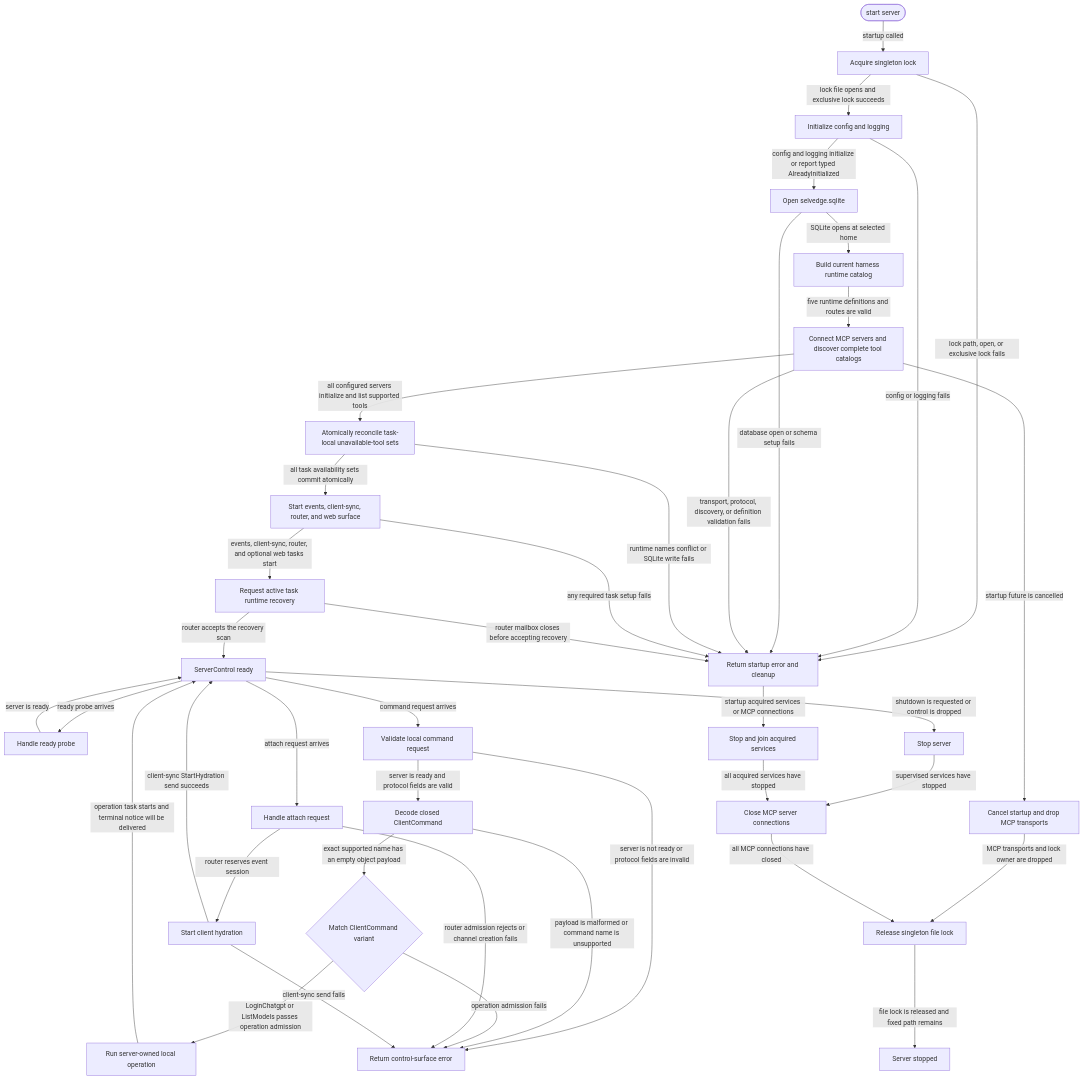
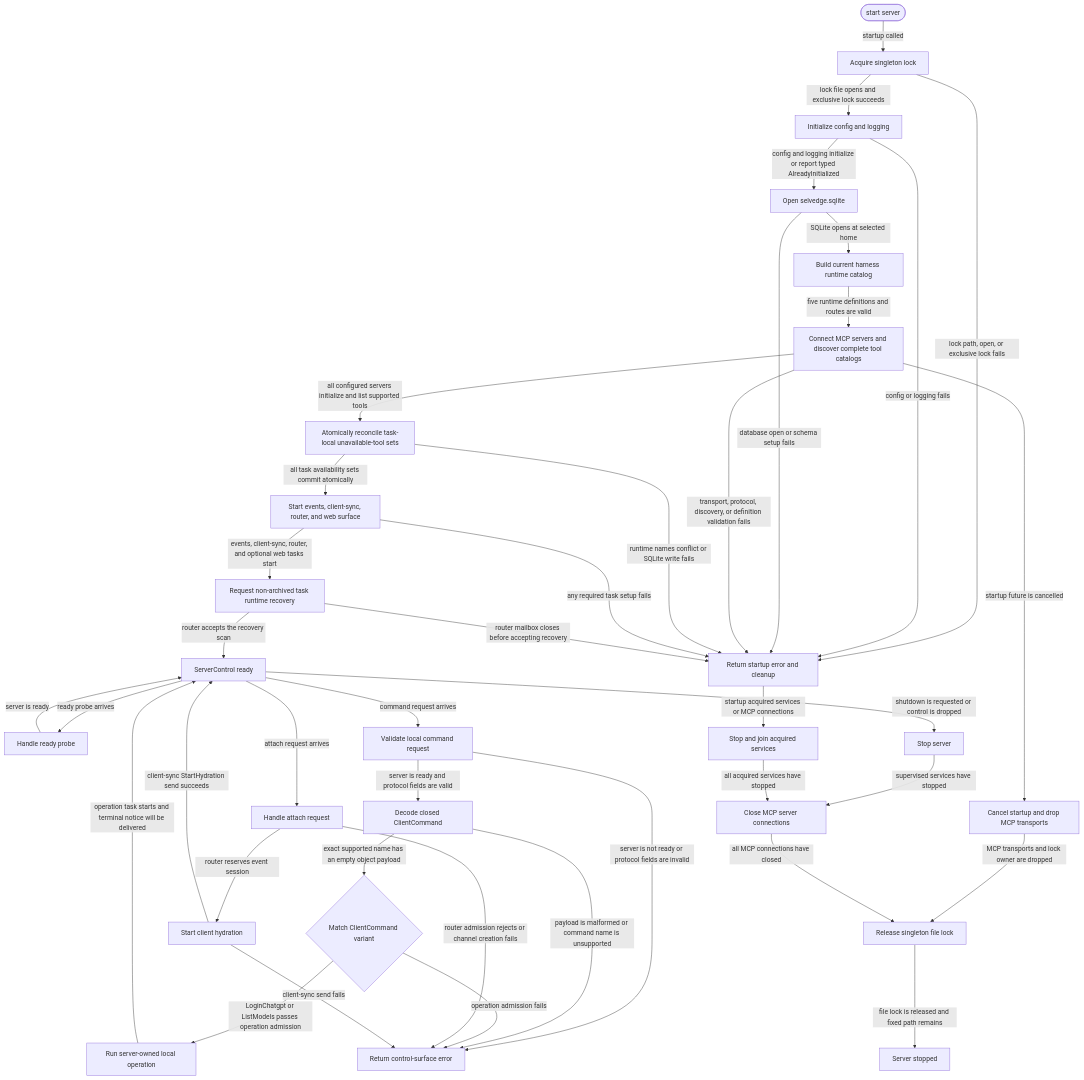
One commit to JiaJunDeng5930/Selvedge changed the diagram in crates/server/README.md. Above: the diagram before and after it, drawn with Mermaid. The commit also changed other lines of this file and 13 other files, not shown here.

````diff
--- a/crates/server/README.md
+++ b/crates/server/README.md
@@ -43,68 +43,68 @@
 ```mermaid
 flowchart TD
   Start([start server])
   Lock[Acquire singleton lock]
   InitConfig[Initialize config and logging]
   OpenDb[Open selvedge.sqlite]
   BuildHarness[Build current harness runtime catalog]
   DiscoverMcp[Connect MCP servers and discover complete tool catalogs]
   CancelStartup[Cancel startup and drop MCP transports]
   ReconcileTools[Atomically reconcile task-local unavailable-tool sets]
   SpawnServices[Start events, client-sync, router, and web surface]
-  Recover[Request active task runtime recovery]
+  Recover[Request non-archived task runtime recovery]
   Ready[ServerControl ready]
   Probe[Handle ready probe]
   Submit[Validate local command request]
   Decode[Decode closed ClientCommand]
   Dispatch{Match ClientCommand variant}
   LocalOperation[Run server-owned local operation]
   Attach[Handle attach request]
   Hydrate[Start client hydration]
   Stop[Stop server]
   RollbackServices[Stop and join acquired services]
   CloseMcp[Close MCP server connections]
   ReleaseLock[Release singleton file lock]
   StartupFailure[Return startup error and cleanup]
   RequestFailure[Return control-surface error]
   Stopped[Server stopped]
 
   Start -->|startup called| Lock
   Lock -->|lock file opens and exclusive lock succeeds| InitConfig
   Lock -->|lock path, open, or exclusive lock fails| StartupFailure
   InitConfig -->|config and logging initialize or report typed AlreadyInitialized| OpenDb
   InitConfig -->|config or logging fails| StartupFailure
   OpenDb -->|SQLite opens at selected home| BuildHarness
   OpenDb -->|database open or schema setup fails| StartupFailure
   BuildHarness -->|five runtime definitions and routes are valid| DiscoverMcp
   DiscoverMcp -->|all configured servers initialize and list supported tools| ReconcileTools
   DiscoverMcp -->|transport, protocol, discovery, or definition validation fails| StartupFailure
   DiscoverMcp -->|startup future is cancelled| CancelStartup
   ReconcileTools -->|all task availability sets commit atomically| SpawnServices
   ReconcileTools -->|runtime names conflict or SQLite write fails| StartupFailure
   SpawnServices -->|events, client-sync, router, and optional web tasks start| Recover
   SpawnServices -->|any required task setup fails| StartupFailure
   Recover -->|router accepts the recovery scan| Ready
   Recover -->|router mailbox closes before accepting recovery| StartupFailure
   Ready -->|ready probe arrives| Probe
   Probe -->|server is ready| Ready
   Ready -->|command request arrives| Submit
   Submit -->|server is ready and protocol fields are valid| Decode
   Submit -->|server is not ready or protocol fields are invalid| RequestFailure
   Decode -->|exact supported name has an empty object payload| Dispatch
   Decode -->|payload is malformed or command name is unsupported| RequestFailure
   Dispatch -->|LoginChatgpt or ListModels passes operation admission| LocalOperation
   Dispatch -->|operation admission fails| RequestFailure
   LocalOperation -->|operation task starts and terminal notice will be delivered| Ready
   Ready -->|attach request arrives| Attach
   Attach -->|router reserves event session| Hydrate
   Attach -->|router admission rejects or channel creation fails| RequestFailure
   Hydrate -->|client-sync StartHydration send succeeds| Ready
   Hydrate -->|client-sync send fails| RequestFailure
   Ready -->|shutdown is requested or control is dropped| Stop
   Stop -->|supervised services have stopped| CloseMcp
   StartupFailure -->|startup acquired services or MCP connections| RollbackServices
   CancelStartup -->|MCP transports and lock owner are dropped| ReleaseLock
   RollbackServices -->|all acquired services have stopped| CloseMcp
   CloseMcp -->|all MCP connections have closed| ReleaseLock
   ReleaseLock -->|file lock is released and fixed path remains| Stopped
 ```
````
